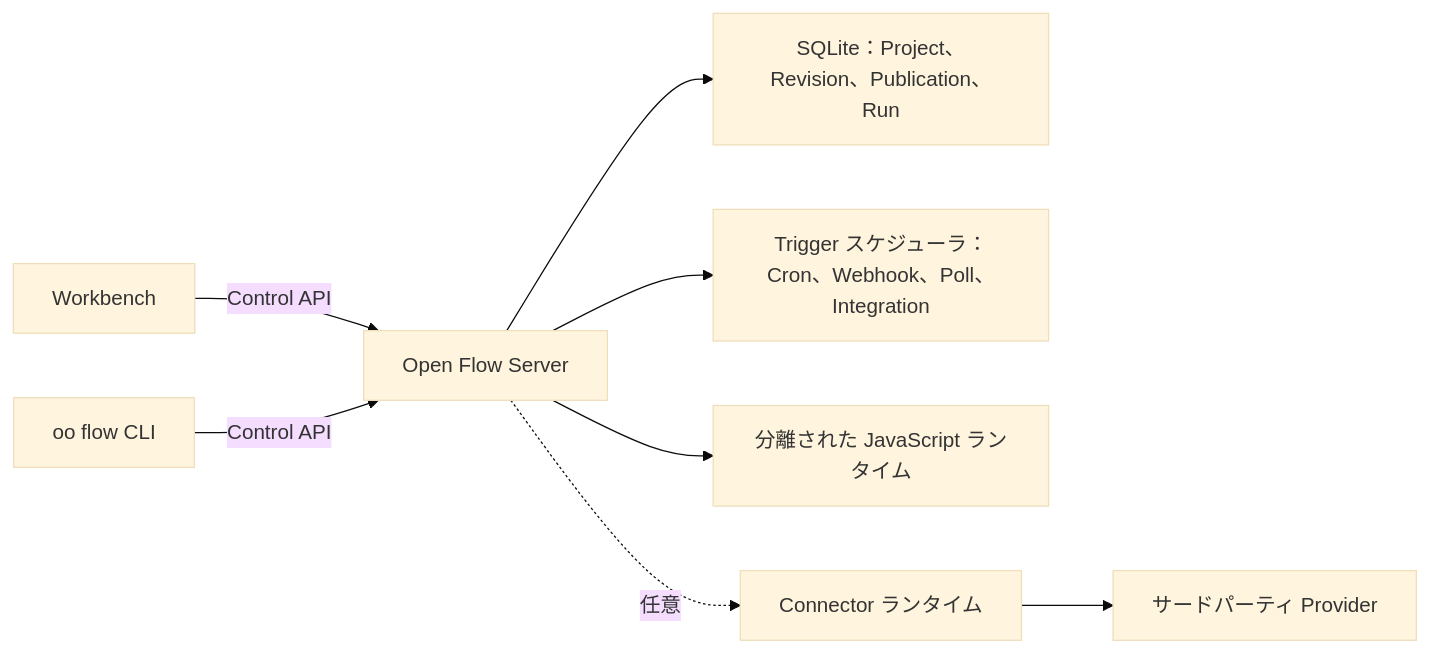
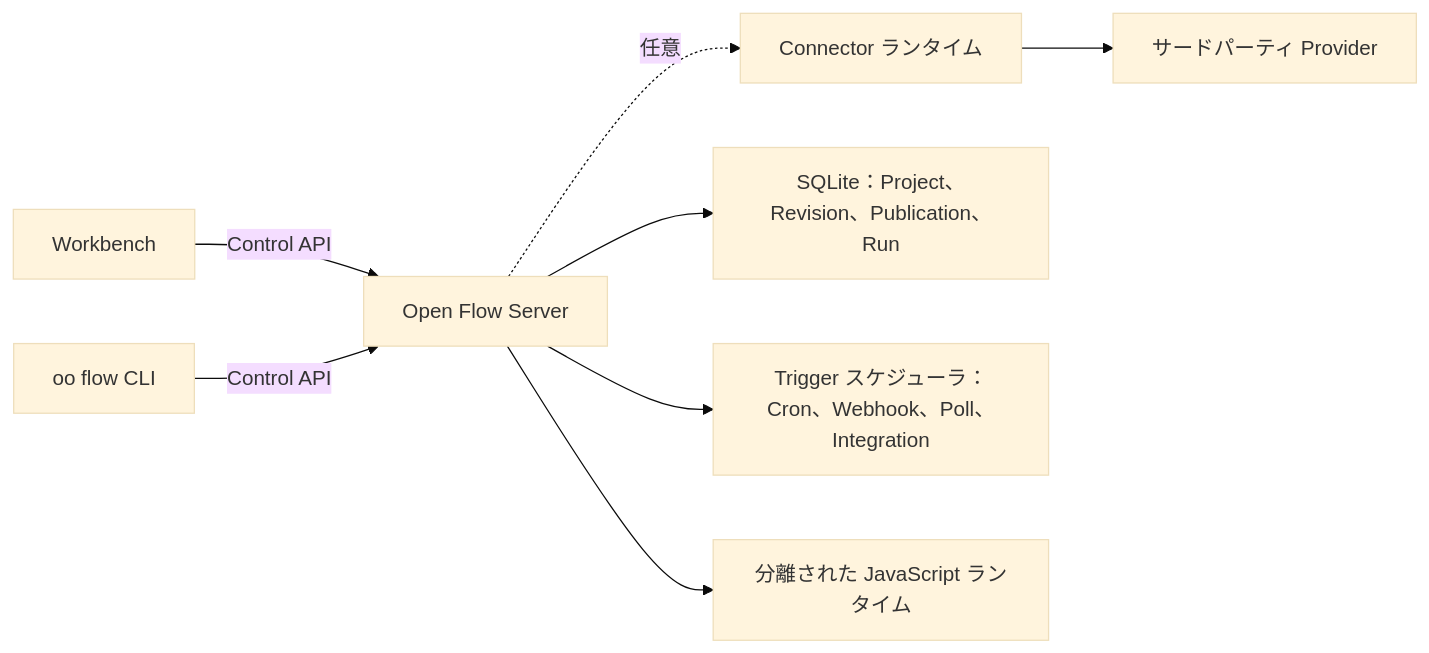
The diagram in docs/README.ja.md (l1shen/open-flow-oomo-lab), drawn with Mermaid (base theme) before and after one commit. The commit also changed other lines of this file and 6 other files, not shown here.

First line of the commit message:
Fix README architecture diagram layout (#19)

````diff
--- a/docs/README.ja.md
+++ b/docs/README.ja.md
@@ -49,10 +49,10 @@
 ```mermaid
 flowchart LR
   Workbench["Workbench"] -->|"Control API"| Server["Open Flow Server"]
   CLI["oo flow CLI"] -->|"Control API"| Server
+  Server -. "任意" .-> Connector["Connector ランタイム"]
+  Connector --> Providers["サードパーティ Provider"]
   Server --> Store["SQLite：Project、Revision、Publication、Run"]
   Server --> Triggers["Trigger スケジューラ：Cron、Webhook、Poll、Integration"]
   Server --> Runtime["分離された JavaScript ランタイム"]
-  Server -. "任意" .-> Connector["Connector ランタイム"]
-  Connector --> Providers["サードパーティ Provider"]
 ```
````
